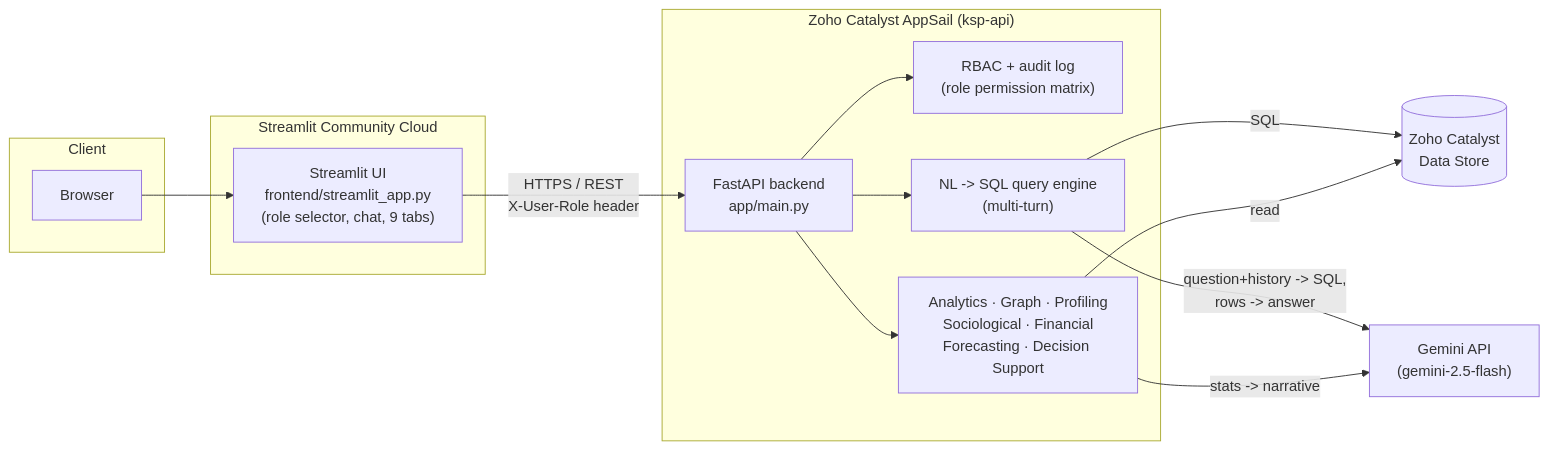
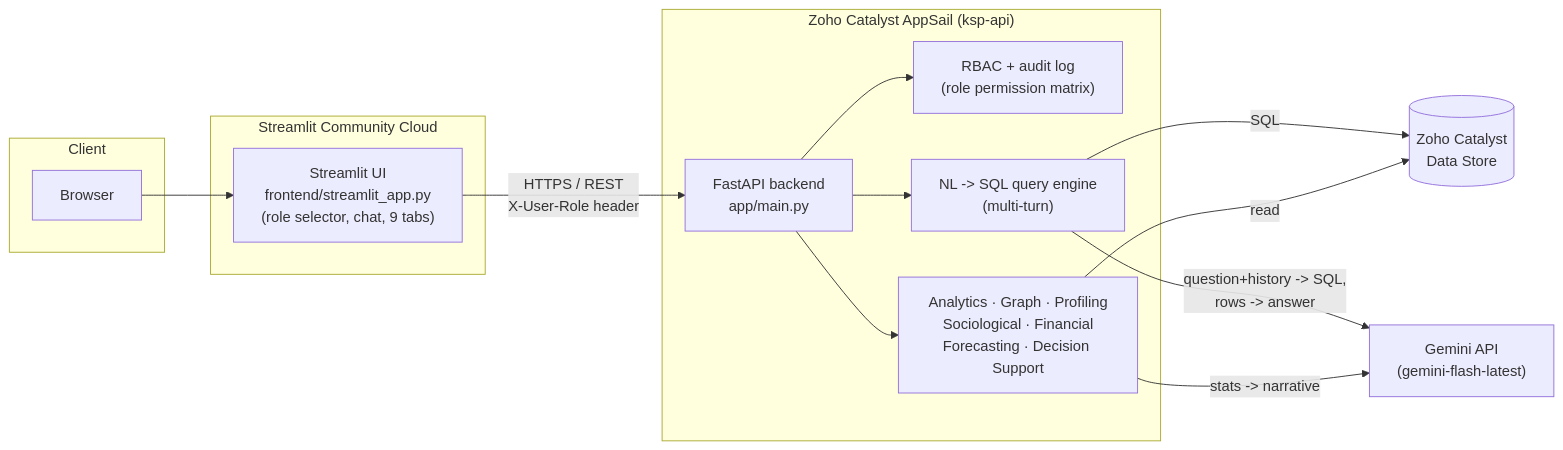
Before and after one commit to divya-d510/kaval-ai: the diagram in README.md, drawn with Mermaid. The commit also changed other lines of this file and 1 other file, not shown here.

Commit message:
llm client update

````diff
--- a/README.md
+++ b/README.md
@@ -36,30 +36,30 @@
 ```mermaid
 flowchart LR
     subgraph Client
         Browser["Browser"]
     end
 
     subgraph "Streamlit Community Cloud"
         UI["Streamlit UI\nfrontend/streamlit_app.py\n(role selector, chat, 9 tabs)"]
     end
 
     subgraph "Zoho Catalyst AppSail (ksp-api)"
         API["FastAPI backend\napp/main.py"]
         RBAC["RBAC + audit log\n(role permission matrix)"]
         QE["NL -> SQL query engine\n(multi-turn)"]
         Services["Analytics · Graph · Profiling\nSociological · Financial\nForecasting · Decision Support"]
     end
 
     DS[("Zoho Catalyst\nData Store")]
-    LLM["Gemini API\n(gemini-2.5-flash)"]
+    LLM["Gemini API\n(gemini-flash-latest)"]
 
     Browser --> UI
     UI -- "HTTPS / REST\nX-User-Role header" --> API
     API --> RBAC
     API --> QE
     API --> Services
     QE -- "SQL" --> DS
     Services -- "read" --> DS
     QE -- "question+history -> SQL,\nrows -> answer" --> LLM
     Services -- "stats -> narrative" --> LLM
 ```
````
